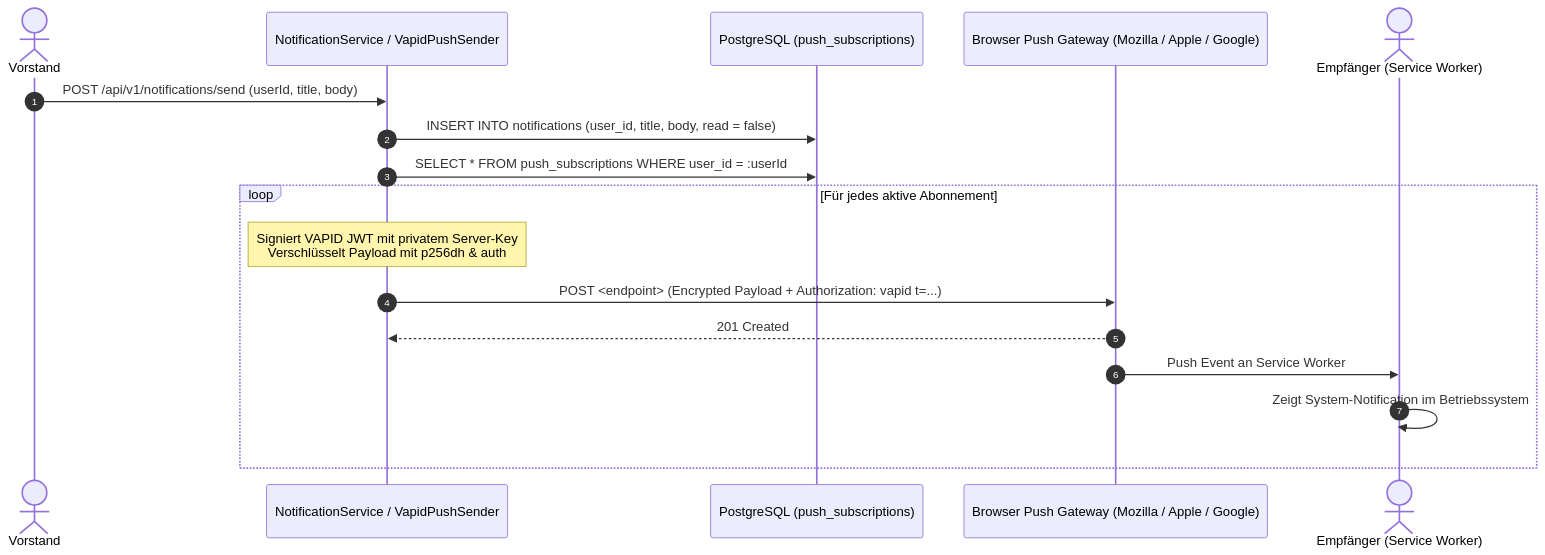
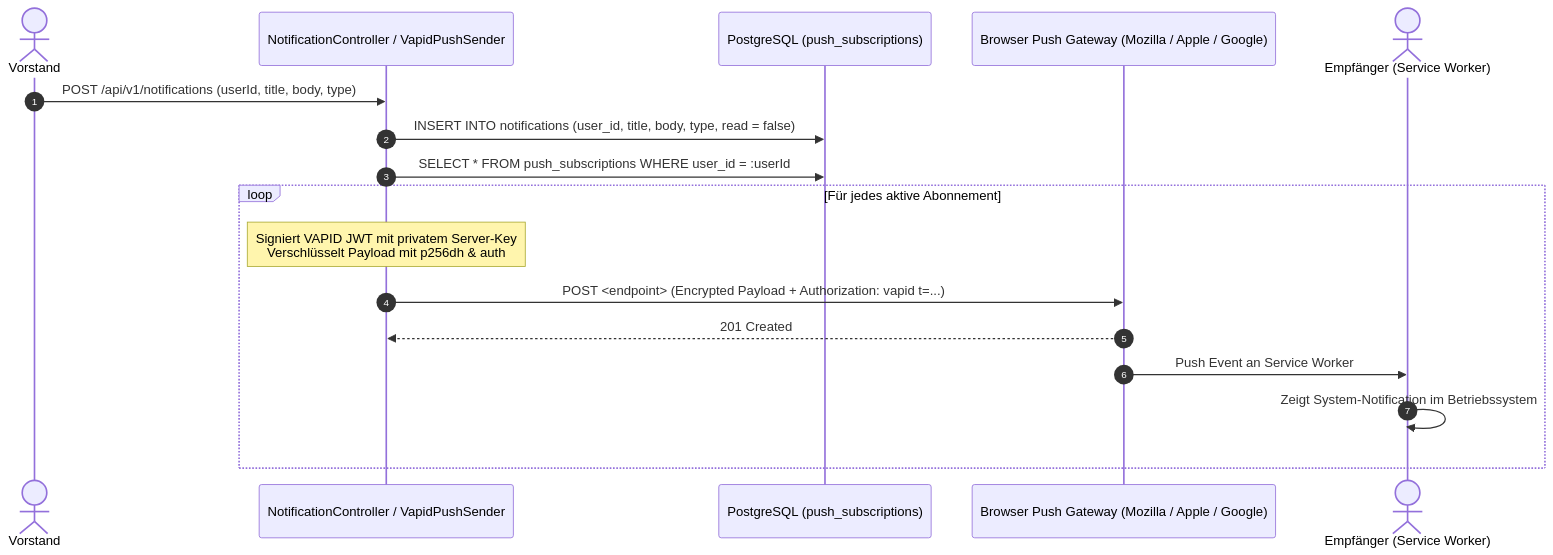
One commit to damaurer/vereint changed the diagram in docs/domains/chat-and-push-notifications.md. Above: the diagram before and after it, drawn with Mermaid. The commit also changed other lines of this file and 11 other files, not shown here.

Commit message:
Update documentation for drinks, events, users, ledger, and architecture domains with enhanced data model details and API specifications

````diff
--- a/docs/domains/chat-and-push-notifications.md
+++ b/docs/domains/chat-and-push-notifications.md
@@ -80,20 +111,20 @@
 ```mermaid
 sequenceDiagram
     autonumber
     actor Board as Vorstand
-    participant Spring as NotificationService / VapidPushSender
+    participant Spring as NotificationController / VapidPushSender
     participant DB as PostgreSQL (push_subscriptions)
     participant PushService as Browser Push Gateway (Mozilla / Apple / Google)
     actor Member as Empfänger (Service Worker)
 
-    Board->>Spring: POST /api/v1/notifications/send (userId, title, body)
-    Spring->>DB: INSERT INTO notifications (user_id, title, body, read = false)
+    Board->>Spring: POST /api/v1/notifications (userId, title, body, type)
+    Spring->>DB: INSERT INTO notifications (user_id, title, body, type, read = false)
     Spring->>DB: SELECT * FROM push_subscriptions WHERE user_id = :userId
     loop Für jedes aktive Abonnement
         Note over Spring: Signiert VAPID JWT mit privatem Server-Key<br/>Verschlüsselt Payload mit p256dh & auth
         Spring->>PushService: POST <endpoint> (Encrypted Payload + Authorization: vapid t=...)
         PushService-->>Spring: 201 Created
         PushService->>Member: Push Event an Service Worker
         Member->>Member: Zeigt System-Notification im Betriebssystem
     end
 ```
````
